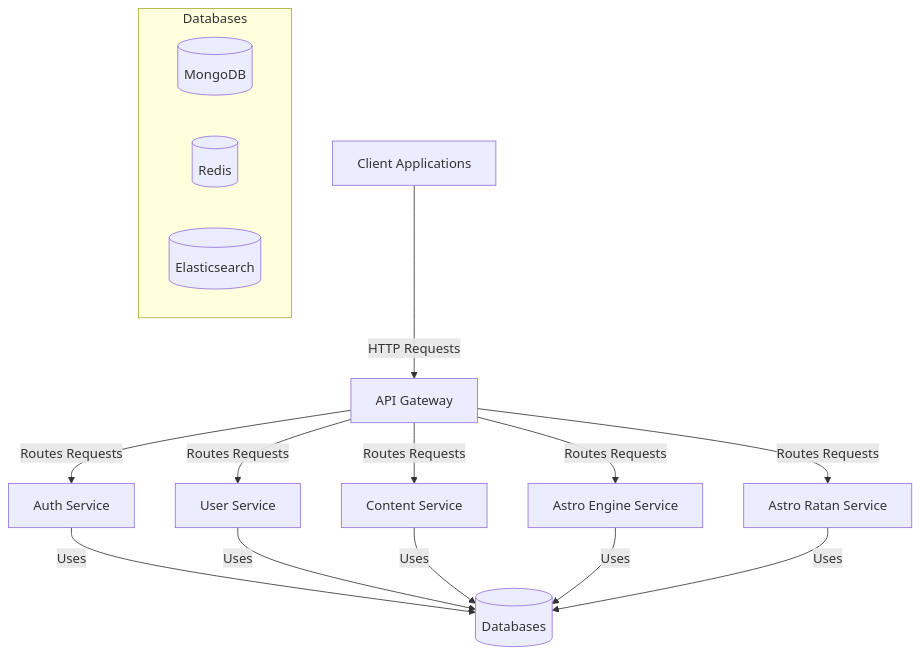
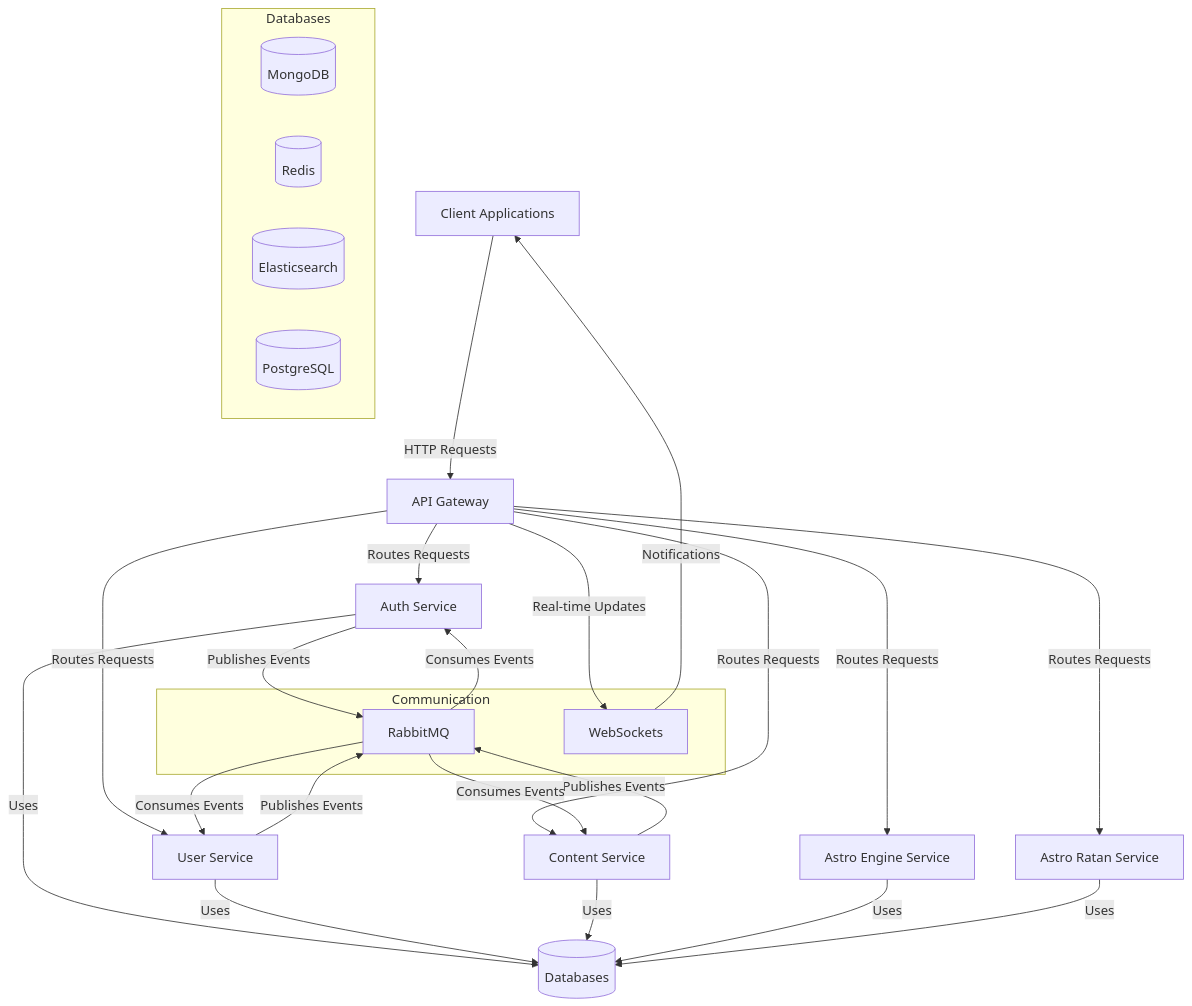
The second of 30 diagrams in README.md (Project-Corp-Astro/Sap_Backend), drawn with Mermaid before and after one commit. The commit also changed other lines of this file, not shown here.

````diff
--- a/README.md
+++ b/README.md
@@ -91,21 +180,38 @@
 ```mermaid
 graph TD
     Client[Client Applications] -->|HTTP Requests| Gateway[API Gateway]
     Gateway -->|Routes Requests| Auth[Auth Service]
     Gateway -->|Routes Requests| User[User Service]
     Gateway -->|Routes Requests| Content[Content Service]
     Gateway -->|Routes Requests| AstroEngine[Astro Engine Service]
     Gateway -->|Routes Requests| AstroRatan[Astro Ratan Service]
     
     Auth -->|Uses| DB[(Databases)]
     User -->|Uses| DB
     Content -->|Uses| DB
     AstroEngine -->|Uses| DB
     AstroRatan -->|Uses| DB
     
     subgraph Databases
         Mongo[(MongoDB)]
         Redis[(Redis)]
         ES[(Elasticsearch)]
+        Postgres[(PostgreSQL)]
     end
+    
+    subgraph Communication
+        MQ[RabbitMQ]
+        WS[WebSockets]
+    end
+    
+    Auth -->|Publishes Events| MQ
+    User -->|Publishes Events| MQ
+    Content -->|Publishes Events| MQ
+    
+    MQ -->|Consumes Events| Auth
+    MQ -->|Consumes Events| User
+    MQ -->|Consumes Events| Content
+    
+    Gateway -->|Real-time Updates| WS
+    WS -->|Notifications| Client
 ```
````
